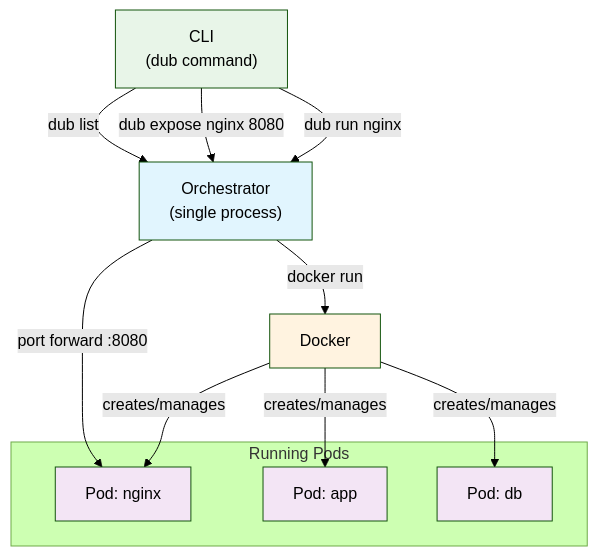
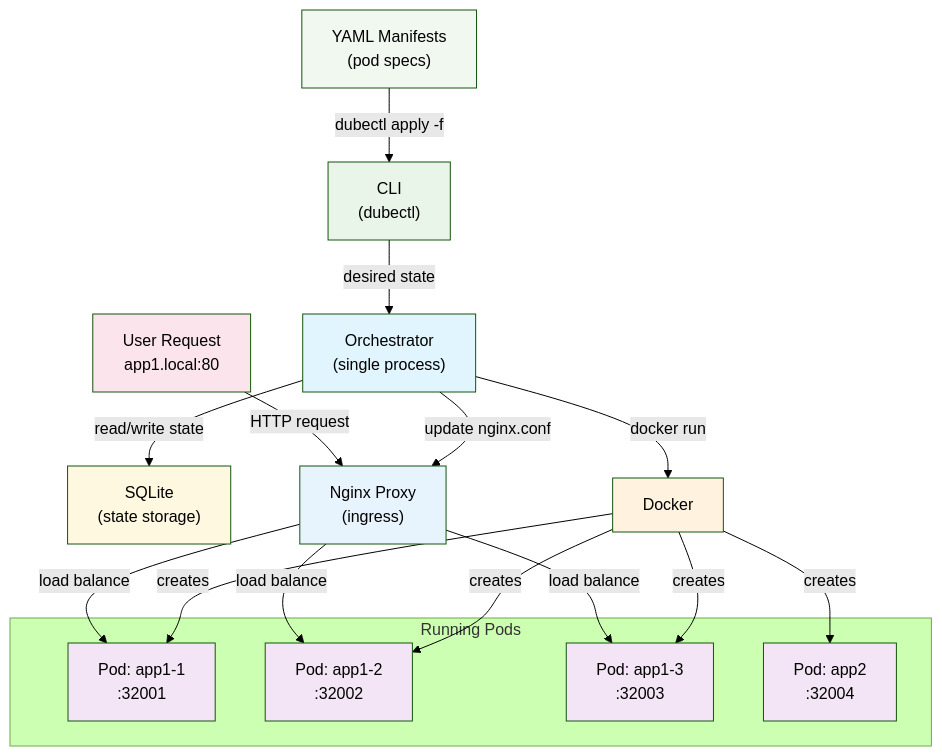
The diagram in architecture.md (MansoorMajeed/Dubernetes), drawn with Mermaid (forest theme) before and after one commit. The commit also changed other lines of this file, not shown here.

Commit message:
improve the architecture

````diff
--- a/architecture.md
+++ b/architecture.md
@@ -8,31 +8,50 @@
 ```mermaid
 graph TB
-    CLI["CLI<br/>(dub command)"]
+    CLI["CLI<br/>(dubectl)"]
+    YAML["YAML Manifests<br/>(pod specs)"]
     ORCH["Orchestrator<br/>(single process)"]
+    SQLITE["SQLite<br/>(state storage)"]
+    NGINX["Nginx Proxy<br/>(ingress)"]
     DOCKER["Docker"]
     
     subgraph "Running Pods"
-        POD1["Pod: nginx"]
-        POD2["Pod: app"]
-        POD3["Pod: db"]
+        POD1A["Pod: app1-1<br/>:32001"]
+        POD1B["Pod: app1-2<br/>:32002"]
+        POD1C["Pod: app1-3<br/>:32003"]
+        POD2["Pod: app2<br/>:32004"]
     end
     
-    CLI -->|dub run nginx| ORCH
-    CLI -->|dub expose nginx 8080| ORCH
-    CLI -->|dub list| ORCH
+    USER["User Request<br/>app1.local:80"]
+    
+    YAML -->|dubectl apply -f| CLI
+    CLI -->|desired state| ORCH
+    ORCH -->|read/write state| SQLITE
     ORCH -->|docker run| DOCKER
-    DOCKER -->|creates/manages| POD1
-    DOCKER -->|creates/manages| POD2
-    DOCKER -->|creates/manages| POD3
-    ORCH -->|port forward :8080| POD1
+    ORCH -->|update nginx.conf| NGINX
+    DOCKER -->|creates| POD1A
+    DOCKER -->|creates| POD1B
+    DOCKER -->|creates| POD1C
+    DOCKER -->|creates| POD2
+    USER -->|HTTP request| NGINX
+    NGINX -->|load balance| POD1A
+    NGINX -->|load balance| POD1B
+    NGINX -->|load balance| POD1C
     
     classDef cli fill:#e8f5e8
+    classDef yaml fill:#f0f8f0
     classDef orchestrator fill:#e1f5fe
+    classDef storage fill:#fff8e1
+    classDef proxy fill:#e8f4fd
     classDef runtime fill:#fff3e0
     classDef pods fill:#f3e5f5
+    classDef user fill:#fce4ec
     
     class CLI cli
+    class YAML yaml
     class ORCH orchestrator
+    class SQLITE storage
+    class NGINX proxy
     class DOCKER runtime
-    class POD1,POD2,POD3 pods
+    class POD1A,POD1B,POD1C,POD2 pods
+    class USER user
 ```
````
